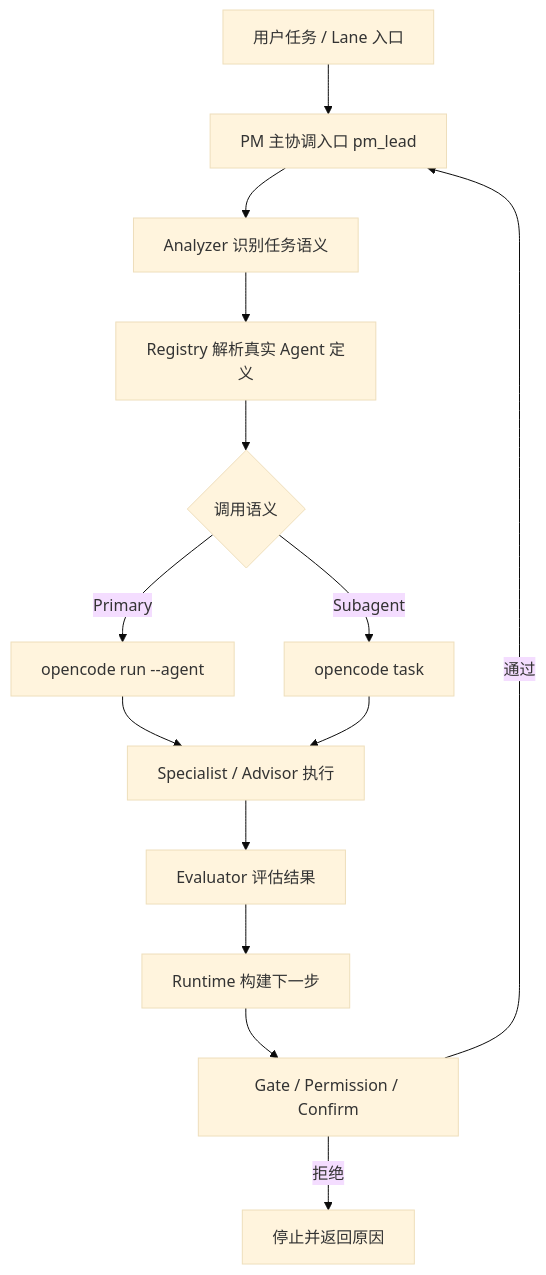
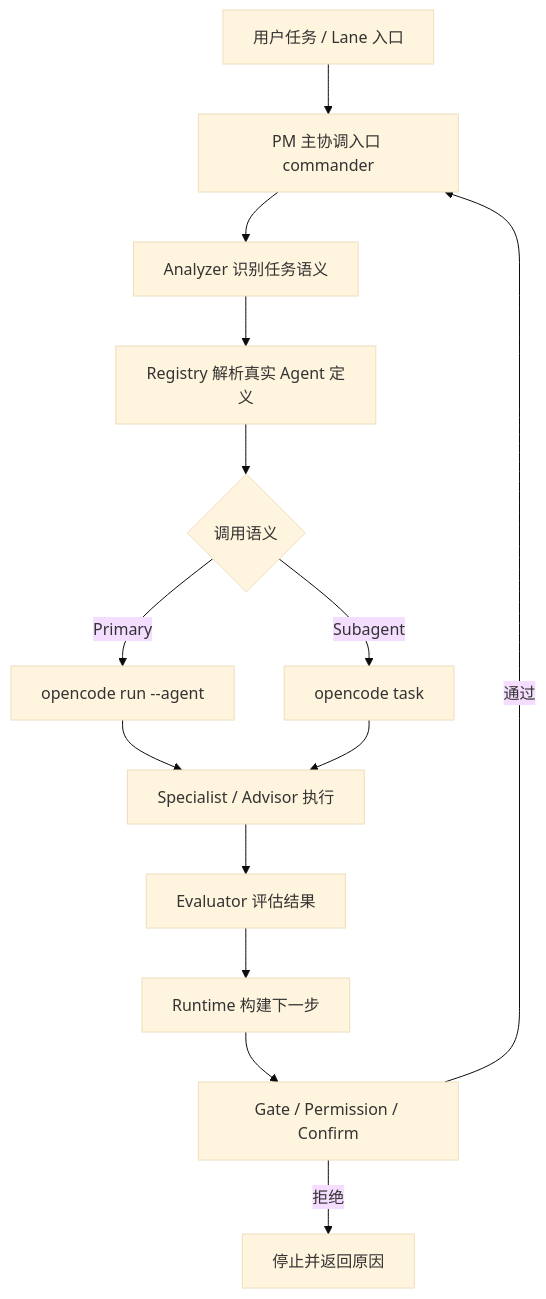
Before and after one commit to walke2019/opencode-pm-workflow: the first of 4 diagrams in docs/01-技术架构.md, drawn with Mermaid (base theme). The commit also changed other lines of this file and 64 other files, not shown here.

````diff
--- a/docs/01-技术架构.md
+++ b/docs/01-技术架构.md
@@ -77,16 +77,16 @@
 ```mermaid
 flowchart TD
-    A[用户任务 / Lane 入口] --> B[PM 主协调入口 pm_lead]
+    A[用户任务 / Lane 入口] --> B[PM 主协调入口 commander]
     B --> C[Analyzer 识别任务语义]
     C --> D[Registry 解析真实 Agent 定义]
     D --> E{调用语义}
     E -->|Primary| F[opencode run --agent]
     E -->|Subagent| G[opencode task]
     F --> H[Specialist / Advisor 执行]
     G --> H
     H --> I[Evaluator 评估结果]
     I --> J[Runtime 构建下一步]
     J --> K[Gate / Permission / Confirm]
     K -->|通过| B
     K -->|拒绝| L[停止并返回原因]
 ```
````
